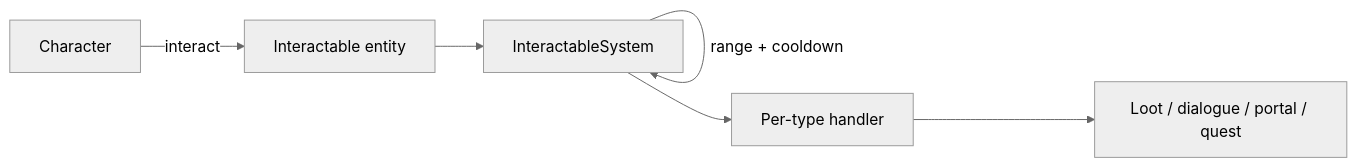
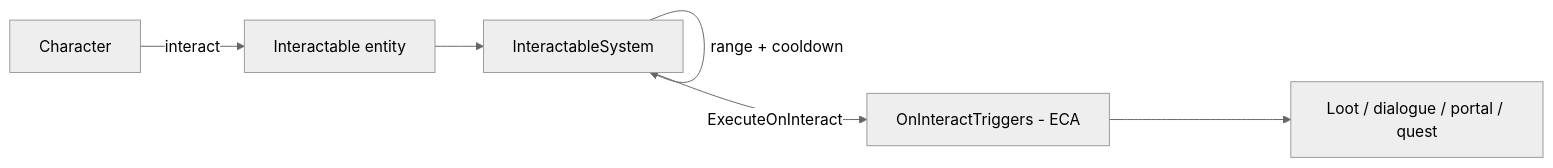
The diagram in FishMMO-Unity/Assets/Scripts/Shared/Implementation/Entity/Interactable/README.md (jimdroberts/FishMMO), drawn with Mermaid (neutral theme) before and after one commit. The commit also changed other lines of this file and 680 other files, not shown here.

````diff
--- a/FishMMO-Unity/Assets/Scripts/Shared/Implementation/Entity/Interactable/README.md
+++ b/FishMMO-Unity/Assets/Scripts/Shared/Implementation/Entity/Interactable/README.md
@@ -413,8 +413,8 @@
 ```mermaid
 flowchart LR
     Char[Character] -->|interact| Target[Interactable entity]
     Target --> Sys[InteractableSystem]
     Sys -->|range + cooldown| Sys
-    Sys --> Handler[Per-type handler]
+    Sys -->|ExecuteOnInteract| Handler[OnInteractTriggers - ECA]
     Handler --> Effect[Loot / dialogue / portal / quest]
 ```
````
